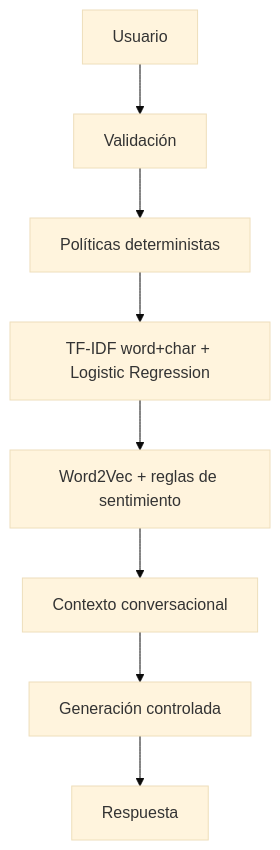
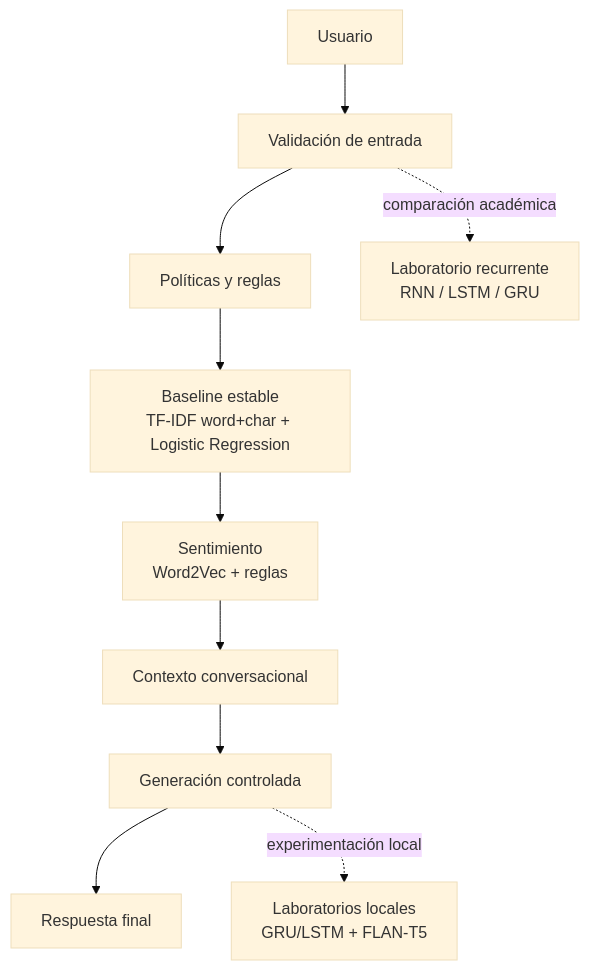
The second of 2 diagrams in README.md (edtech-mx-ve/skepsis.chatbot), drawn with Mermaid (base theme) before and after one commit. The commit also changed other lines of this file and 14 other files, not shown here.

````diff
--- a/README.md
+++ b/README.md
@@ -44,13 +124,17 @@
 ```mermaid
 flowchart TD
     U["Usuario"]
-    V["Validación"]
-    P["Políticas deterministas"]
-    I["TF-IDF word+char + Logistic Regression"]
-    S["Word2Vec + reglas de sentimiento"]
+    V["Validación de entrada"]
+    P["Políticas y reglas"]
+    B["Baseline estable<br/>TF-IDF word+char + Logistic Regression"]
+    R["Laboratorio recurrente<br/>RNN / LSTM / GRU"]
+    S["Sentimiento<br/>Word2Vec + reglas"]
     C["Contexto conversacional"]
     G["Generación controlada"]
-    O["Respuesta"]
+    X["Laboratorios locales<br/>GRU/LSTM + FLAN-T5"]
+    O["Respuesta final"]
 
-    U --> V --> P --> I --> S --> C --> G --> O
+    U --> V --> P --> B --> S --> C --> G --> O
+    V -. comparación académica .-> R
+    G -. experimentación local .-> X
 ```
````
